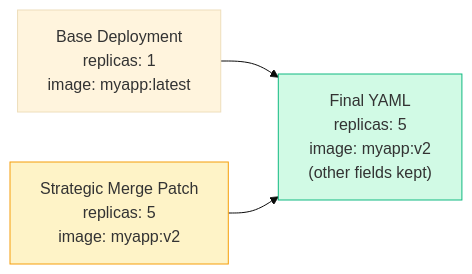
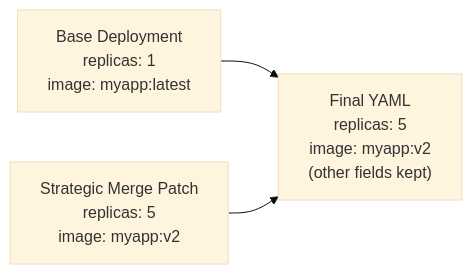
Before and after one commit to Gautam4424/k8slearn-content: the second of 3 diagrams in content/cka/14-kustomize-configuration-management/overview/overview.md, drawn with Mermaid (base theme). The commit also changed other lines of this file and 40 other files, not shown here.

Commit message:
chore: fix mermaid style regex

````diff
--- a/content/cka/14-kustomize-configuration-management/overview/overview.md
+++ b/content/cka/14-kustomize-configuration-management/overview/overview.md
@@ -203,10 +199,8 @@
 ```mermaid
 flowchart LR
     BASE["Base Deployment\nreplicas: 1\nimage: myapp:latest"]
     PATCH["Strategic Merge Patch\nreplicas: 5\nimage: myapp:v2"]
     RESULT["Final YAML\nreplicas: 5\nimage: myapp:v2\n(other fields kept)"]
     BASE --> RESULT
     PATCH --> RESULT
-    style PATCH fill:#fef3c7,stroke:#f59e0b
-    style RESULT fill:#d1fae5,stroke:#10b981
 ```
````
